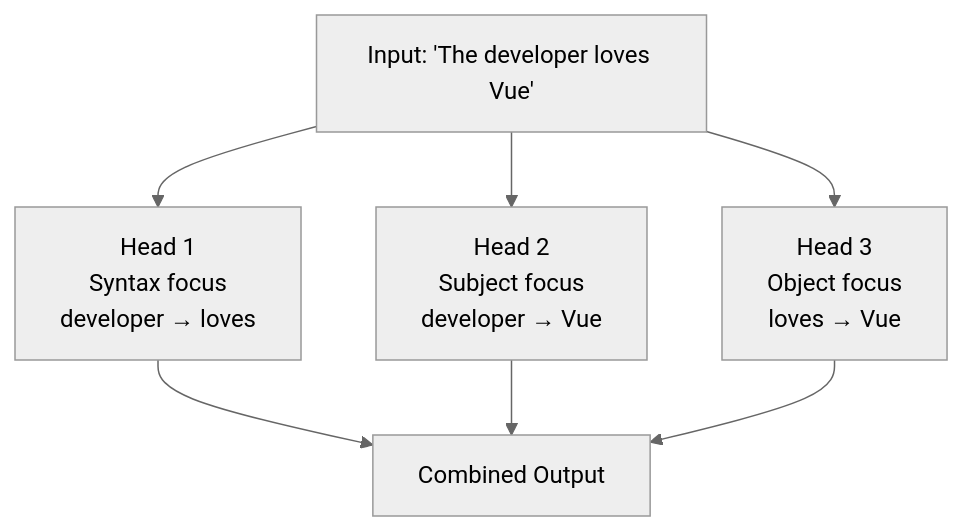
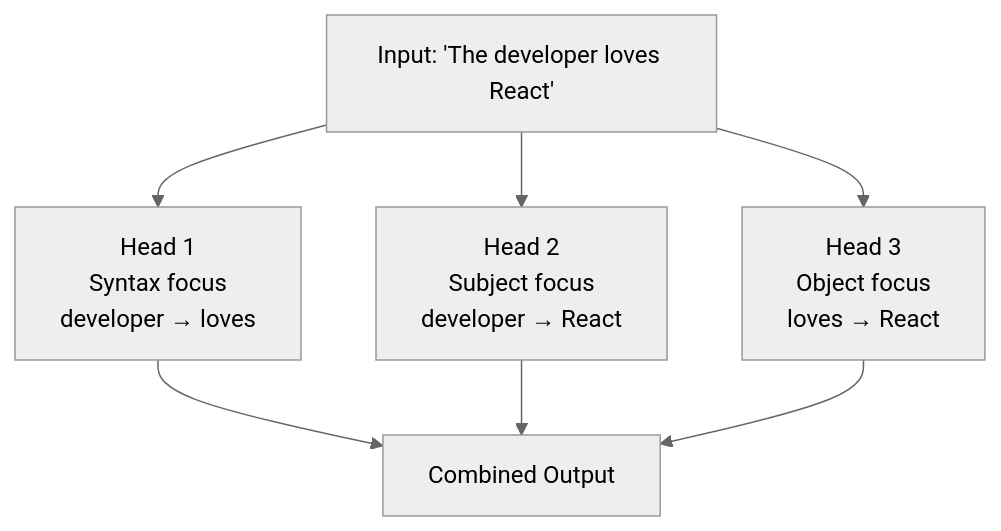
The second of 2 diagrams in lessons/02-llm-introduction/slides/llm-introduction/what.md (workshops-de/workshop-ki-software-engineer-react-php-sqlite-stack), drawn with Mermaid (neutral theme) before and after one commit. The commit also changed other lines of this file and 13 other files, not shown here.

First line of the commit message:
fix(lessons): replace Vue/Angular examples with React equivalents

````diff
--- a/lessons/02-llm-introduction/slides/llm-introduction/what.md
+++ b/lessons/02-llm-introduction/slides/llm-introduction/what.md
@@ -339,10 +339,10 @@
 ```mermaid
 flowchart TD
-  I["Input: 'The developer loves Vue'"]
+  I["Input: 'The developer loves React'"]
   I --> H1["Head 1\nSyntax focus\ndeveloper → loves"]
-  I --> H2["Head 2\nSubject focus\ndeveloper → Vue"]
-  I --> H3["Head 3\nObject focus\nloves → Vue"]
+  I --> H2["Head 2\nSubject focus\ndeveloper → React"]
+  I --> H3["Head 3\nObject focus\nloves → React"]
   H1 --> O[Combined Output]
   H2 --> O
   H3 --> O
 ```
````
